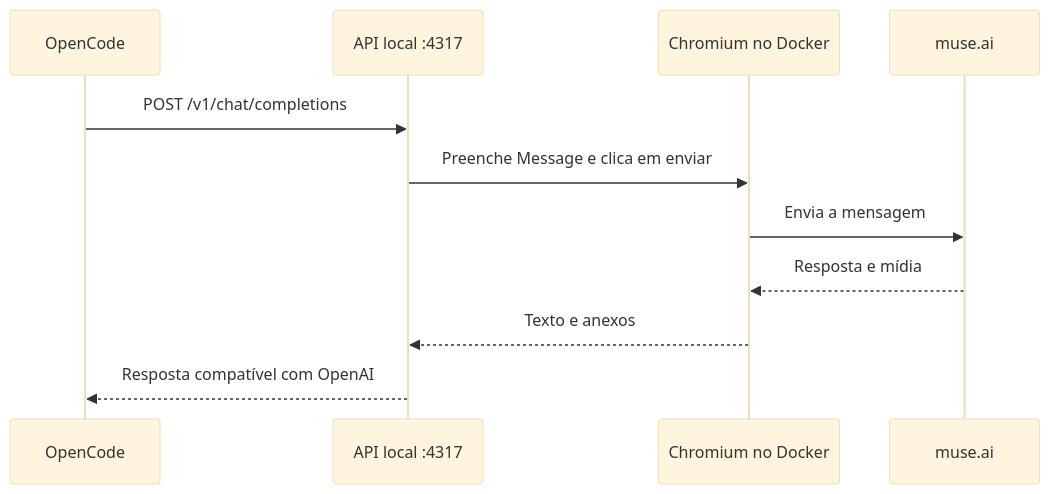
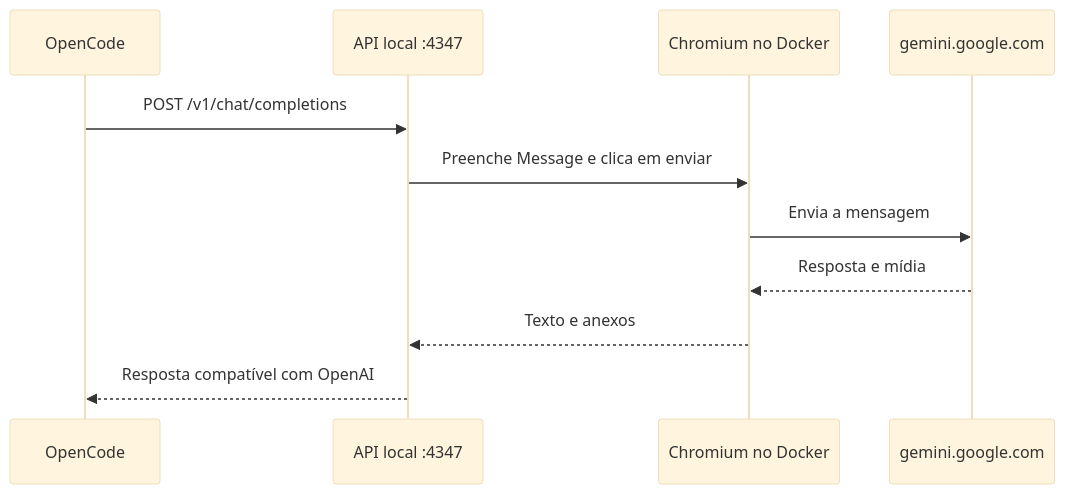
The diagram in docs/ARQUITETURA-E-USO.md (sniperpsp/muse-web-opencode-bridge), drawn with Mermaid (base theme) before and after one commit. The commit also changed other lines of this file and 8 other files, not shown here.

````diff
--- a/docs/ARQUITETURA-E-USO.md
+++ b/docs/ARQUITETURA-E-USO.md
@@ -13,13 +13,13 @@
 ```mermaid
 sequenceDiagram
     participant O as OpenCode
-    participant A as API local :4317
+    participant A as API local :4347
     participant C as Chromium no Docker
-    participant M as muse.ai
+    participant M as gemini.google.com
     O->>A: POST /v1/chat/completions
     A->>C: Preenche Message e clica em enviar
     C->>M: Envia a mensagem
     M-->>C: Resposta e mídia
     C-->>A: Texto e anexos
     A-->>O: Resposta compatível com OpenAI
 ```
````
